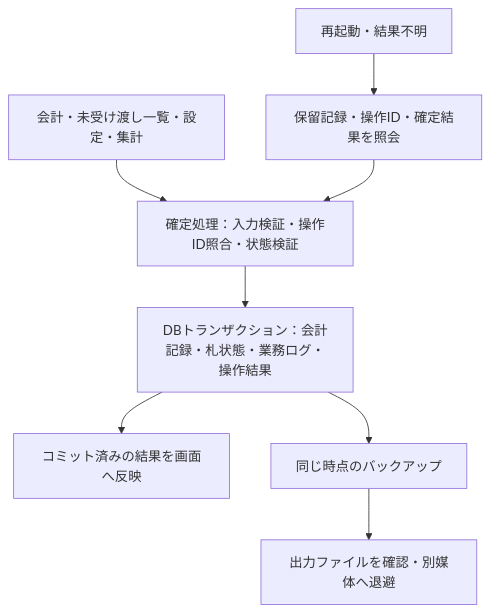
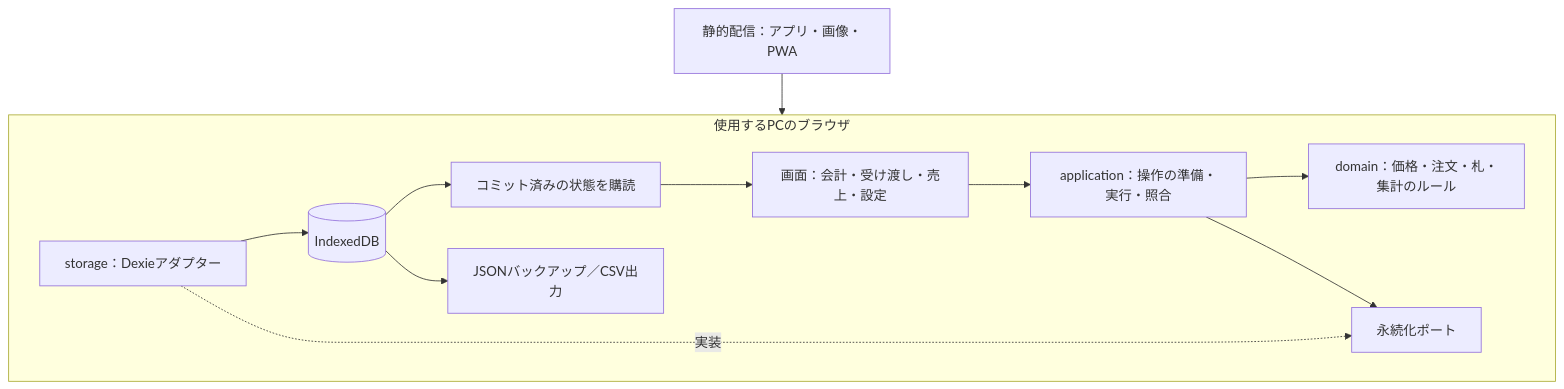
Before and after one commit to 97kuek/yakitoriningen: the diagram in docs/architecture.md, drawn with Mermaid. The commit also changed other lines of this file and 10 other files, not shown here.

Commit message:
docs: organize requirements architecture and contributor guidance

````diff
--- a/docs/architecture.md
+++ b/docs/architecture.md
@@ -26,10 +9,14 @@
 ```mermaid
 flowchart TD
-    ui["会計・未受け渡し一覧・設定・集計"] --> commands["確定処理：入力検証・操作ID照合・状態検証"]
-    commands --> tx["DBトランザクション：会計記録・札状態・業務ログ・操作結果"]
-    tx --> view["コミット済みの結果を画面へ反映"]
-    tx --> snapshot["同じ時点のバックアップ"]
-    snapshot --> file["出力ファイルを確認・別媒体へ退避"]
-    resume["再起動・結果不明"] --> lookup["保留記録・操作ID・確定結果を照会"]
-    lookup --> commands
+    host["静的配信：アプリ・画像・PWA"] --> browser
+    subgraph browser[使用するPCのブラウザ]
+        ui["画面：会計・受け渡し・売上・設定"] --> application["application：操作の準備・実行・照合"]
+        application --> domain["domain：価格・注文・札・集計のルール"]
+        application --> ports["永続化ポート"]
+        adapter["storage：Dexieアダプター"] -. 実装 .-> ports
+        adapter --> db[(IndexedDB)]
+        db --> committed["コミット済みの状態を購読"]
+        committed --> ui
+        db --> backup["JSONバックアップ／CSV出力"]
+    end
 ```
````
